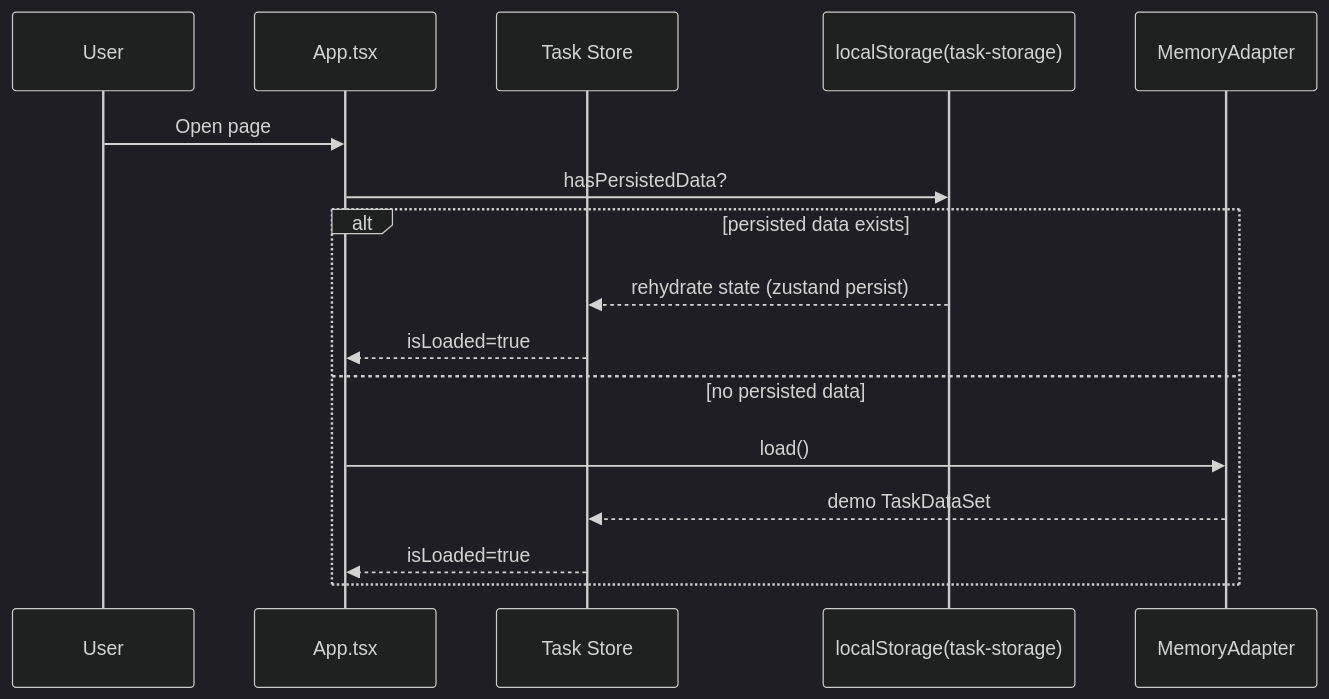
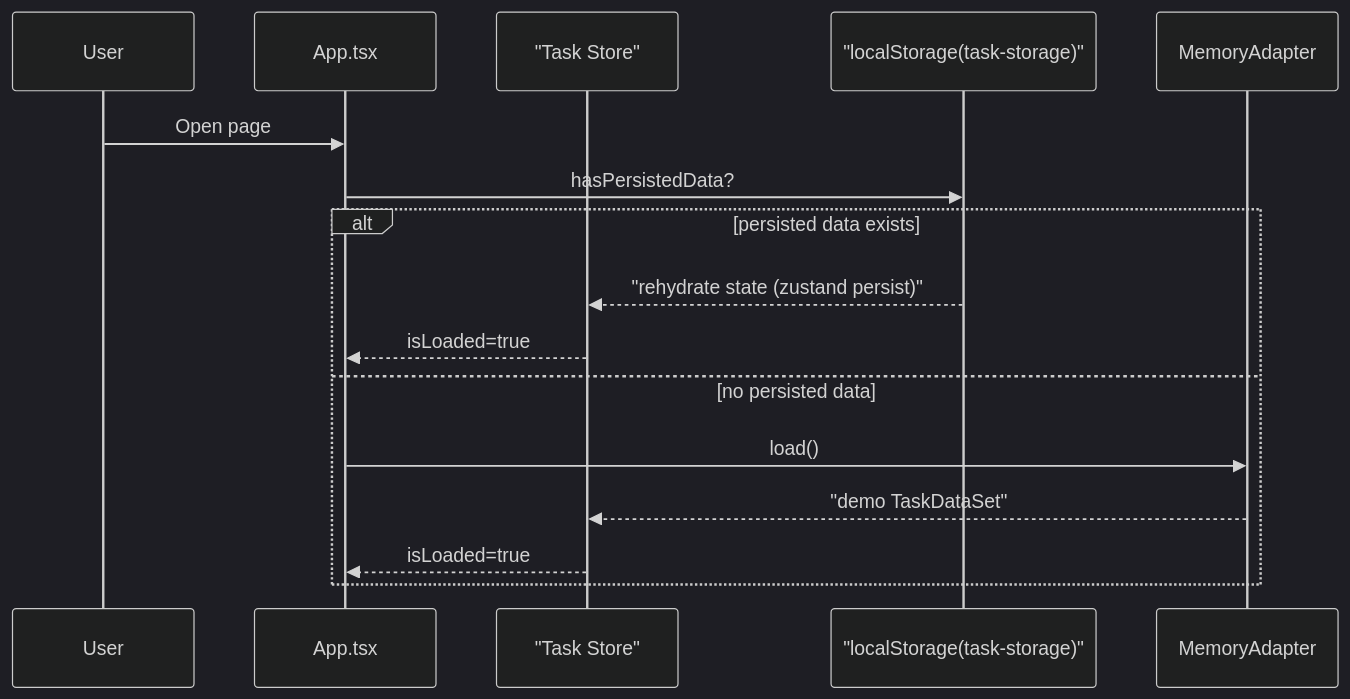
Before and after one commit to HirokiOshiro/Task_Management_Tool: the second of 3 diagrams in docs/architecture.md, drawn with Mermaid (dark theme). The commit also changed other lines of this file and 15 other files, not shown here.

````diff
--- a/docs/architecture.md
+++ b/docs/architecture.md
@@ -77,19 +78,19 @@
 ```mermaid
 sequenceDiagram
   participant U as User
   participant App as App.tsx
-  participant Task as Task Store
-  participant Persist as localStorage(task-storage)
+  participant Task as "Task Store"
+  participant Persist as "localStorage(task-storage)"
   participant Mem as MemoryAdapter
 
   U->>App: Open page
   App->>Persist: hasPersistedData?
   alt persisted data exists
-    Persist-->>Task: rehydrate state (zustand persist)
+    Persist-->>Task: "rehydrate state (zustand persist)"
     Task-->>App: isLoaded=true
   else no persisted data
     App->>Mem: load()
-    Mem-->>Task: demo TaskDataSet
+    Mem-->>Task: "demo TaskDataSet"
     Task-->>App: isLoaded=true
   end
 ```
````
